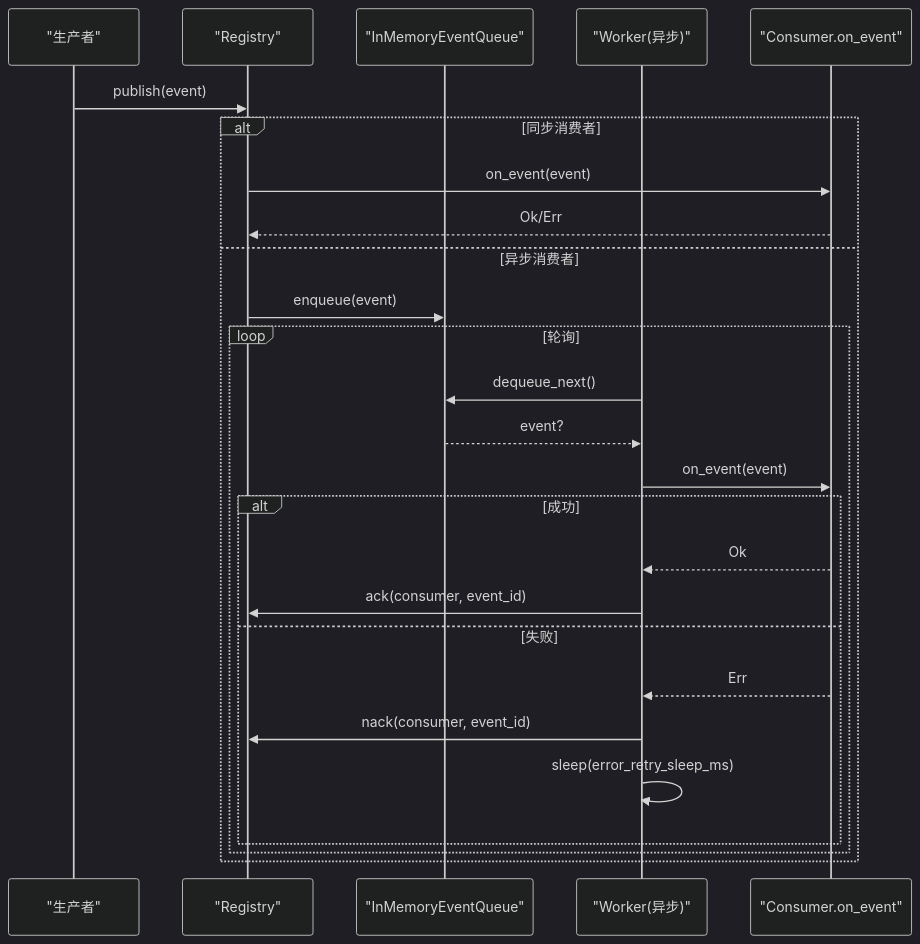
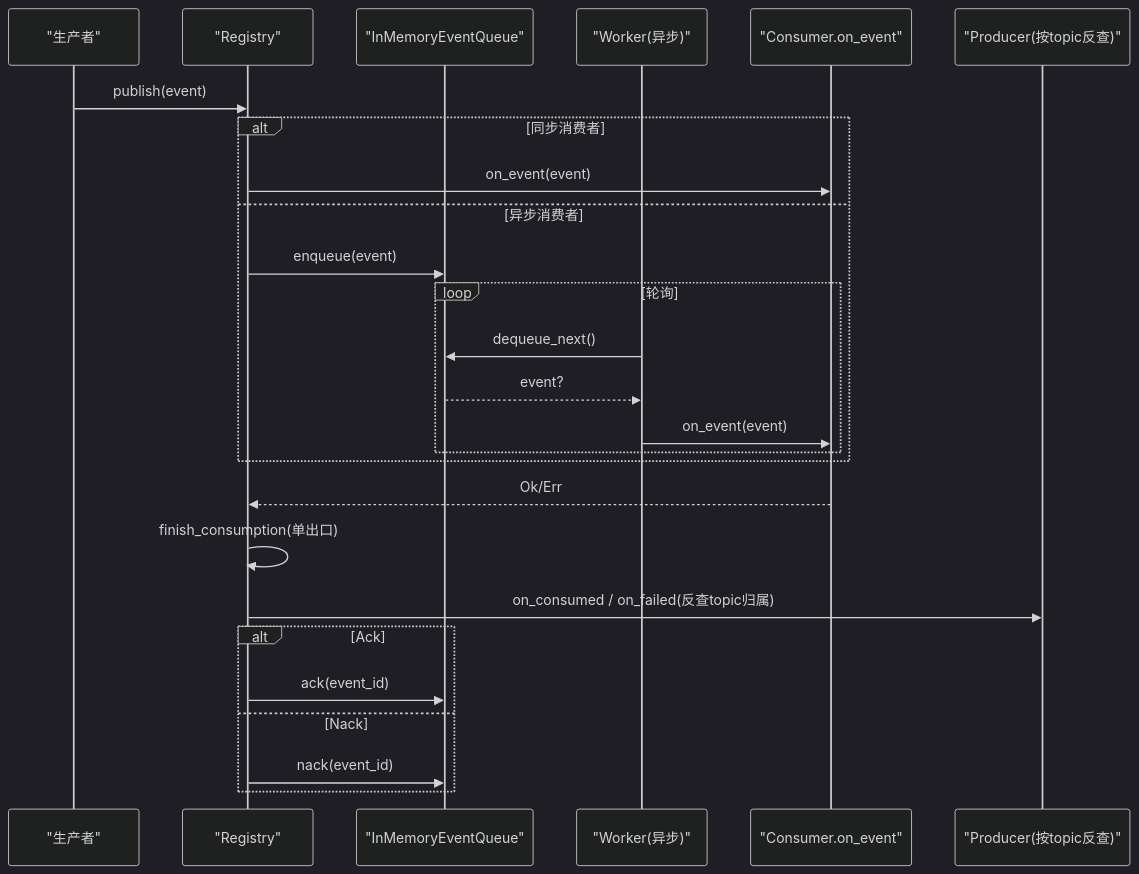
One commit to runningcoders/ai_orz changed the second of 4 diagrams in docs/wiki/zh/content/核心模块/AOP 事件系统/消费者框架/消费者框架.md. Above: the diagram before and after it, drawn with Mermaid (dark theme). The commit also changed other lines of this file and 37 other files, not shown here.

````diff
--- a/docs/wiki/zh/content/核心模块/AOP 事件系统/消费者框架/消费者框架.md
+++ b/docs/wiki/zh/content/核心模块/AOP 事件系统/消费者框架/消费者框架.md
@@ -93,28 +107,28 @@
 ```mermaid
 sequenceDiagram
 participant P as "生产者"
 participant R as "Registry"
 participant Q as "InMemoryEventQueue"
 participant W as "Worker(异步)"
 participant C as "Consumer.on_event"
+participant Pr as "Producer(按topic反查)"
 P->>R : publish(event)
 alt 同步消费者
 R->>C : on_event(event)
-C-->>R : Ok/Err
 else 异步消费者
 R->>Q : enqueue(event)
 loop 轮询
 W->>Q : dequeue_next()
 Q-->>W : event?
 W->>C : on_event(event)
-alt 成功
-C-->>W : Ok
-W->>R : ack(consumer, event_id)
-else 失败
-C-->>W : Err
-W->>R : nack(consumer, event_id)
-W->>W : sleep(error_retry_sleep_ms)
 end
 end
+C-->>R : Ok/Err
+R->>R : finish_consumption(单出口)
+R->>Pr : on_consumed / on_failed(反查topic归属)
+alt Ack
+R->>Q : ack(event_id)
+else Nack
+R->>Q : nack(event_id)
 end
 ```
````
